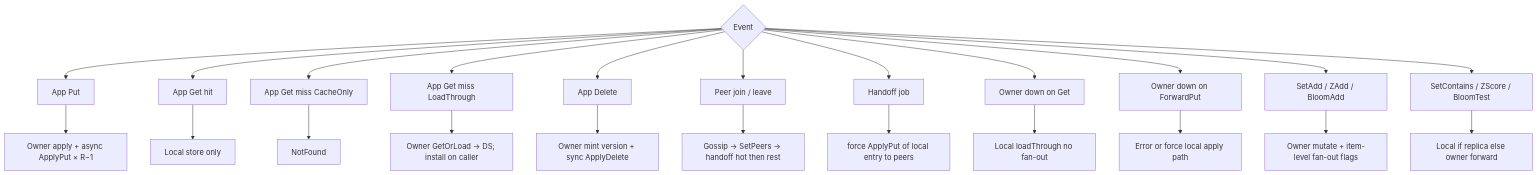
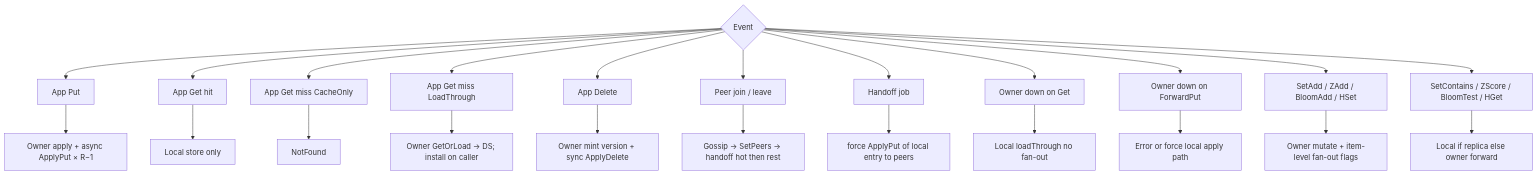
Diagram 18 of 18 in docs/CLUSTER_FLOWS.md (Code0987/supercache), drawn with Mermaid before and after one commit. The commit also changed other lines of this file and 35 other files, not shown here.

````diff
--- a/docs/CLUSTER_FLOWS.md
+++ b/docs/CLUSTER_FLOWS.md
@@ -397,26 +398,26 @@
 ```mermaid
 flowchart TD
   E{"Event"} --> E1["App Put"]
   E --> E2["App Get hit"]
   E --> E3["App Get miss CacheOnly"]
   E --> E4["App Get miss LoadThrough"]
   E --> E5["App Delete"]
   E --> E6["Peer join / leave"]
   E --> E7["Handoff job"]
   E --> E8["Owner down on Get"]
   E --> E9["Owner down on ForwardPut"]
-  E --> E10["SetAdd / ZAdd / BloomAdd"]
-  E --> E11["SetContains / ZScore / BloomTest"]
+  E --> E10["SetAdd / ZAdd / BloomAdd / HSet"]
+  E --> E11["SetContains / ZScore / BloomTest / HGet"]
 
   E1 --> A1["Owner apply + async ApplyPut × R−1"]
   E2 --> A2["Local store only"]
   E3 --> A3["NotFound"]
   E4 --> A4["Owner GetOrLoad → DS; install on caller"]
   E5 --> A5["Owner mint version + sync ApplyDelete"]
   E6 --> A6["Gossip → SetPeers → handoff hot then rest"]
   E7 --> A7["force ApplyPut of local entry to peers"]
   E8 --> A8["Local loadThrough no fan-out"]
   E9 --> A9["Error or force local apply path"]
   E10 --> A10["Owner mutate + item-level fan-out flags"]
   E11 --> A11["Local if replica else owner forward"]
 ```
````
